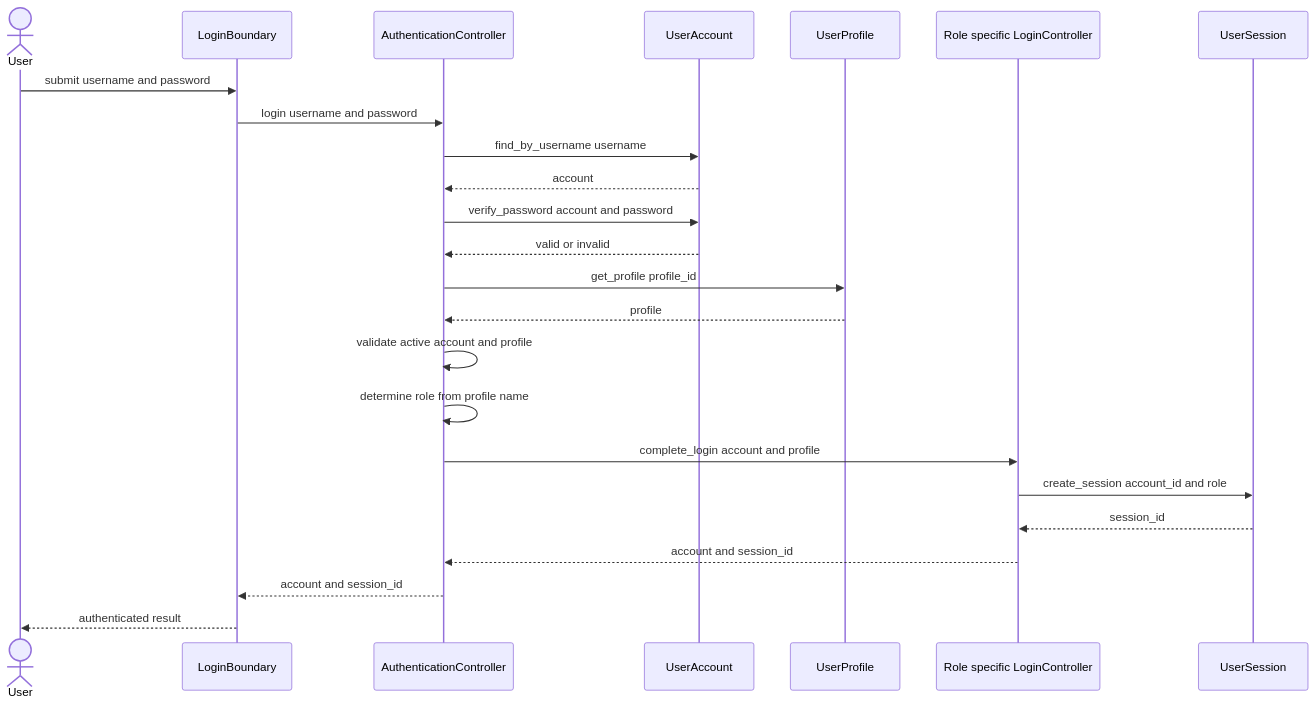
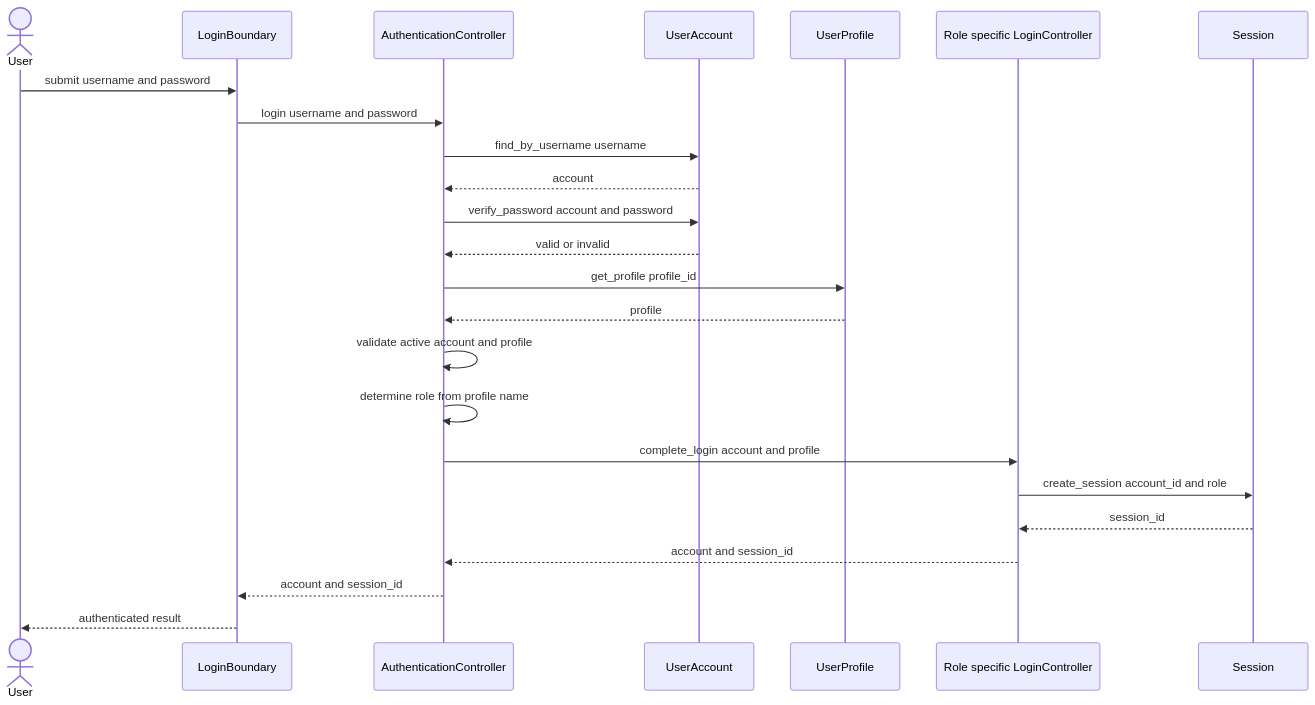
The second of 2 diagrams in interior_platform/docs/login_bce_sequence.md (boyinapuddle/CSIT314-Chinese), drawn with Mermaid before and after one commit. The commit also changed other lines of this file and 163 other files, not shown here.

Commit message:
added bce diagrams, and 2 new user stories

````diff
--- a/interior_platform/docs/login_bce_sequence.md
+++ b/interior_platform/docs/login_bce_sequence.md
@@ -19,27 +19,27 @@
 ```mermaid
 sequenceDiagram
     actor User
     participant B as LoginBoundary
     participant A as AuthenticationController
     participant UA as UserAccount
     participant UP as UserProfile
     participant RC as Role specific LoginController
-    participant S as UserSession
+    participant S as Session
 
     User->>B: submit username and password
     B->>A: login username and password
     A->>UA: find_by_username username
     UA-->>A: account
     A->>UA: verify_password account and password
     UA-->>A: valid or invalid
     A->>UP: get_profile profile_id
     UP-->>A: profile
     A->>A: validate active account and profile
     A->>A: determine role from profile name
     A->>RC: complete_login account and profile
     RC->>S: create_session account_id and role
     S-->>RC: session_id
     RC-->>A: account and session_id
     A-->>B: account and session_id
     B-->>User: authenticated result
 ```
````
